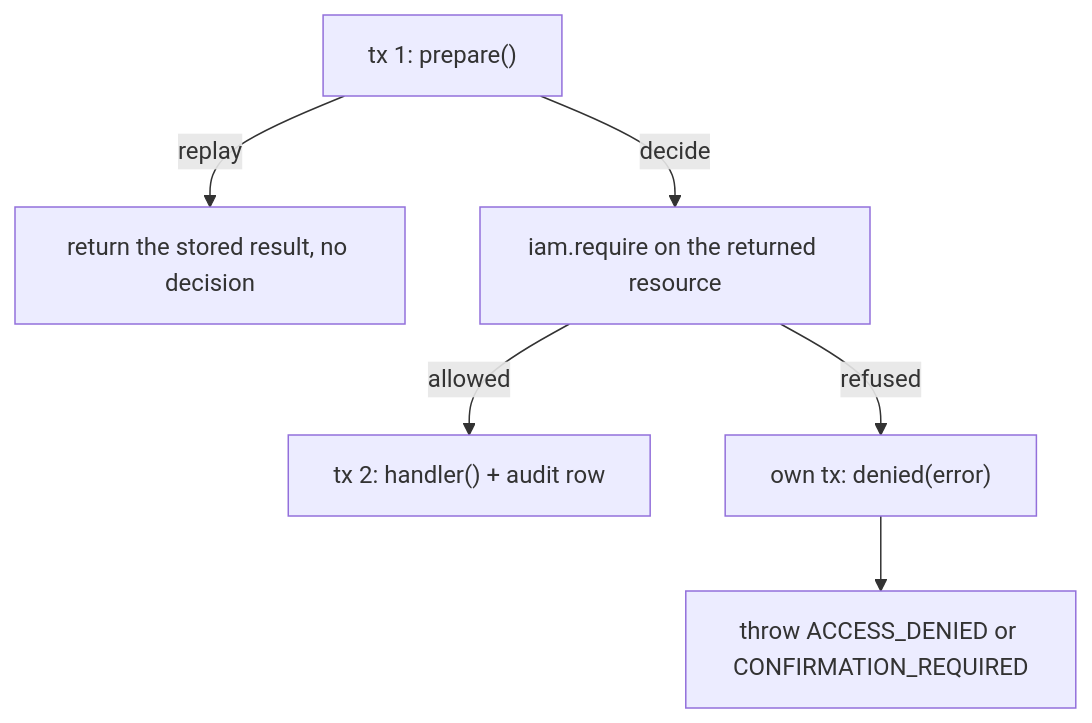
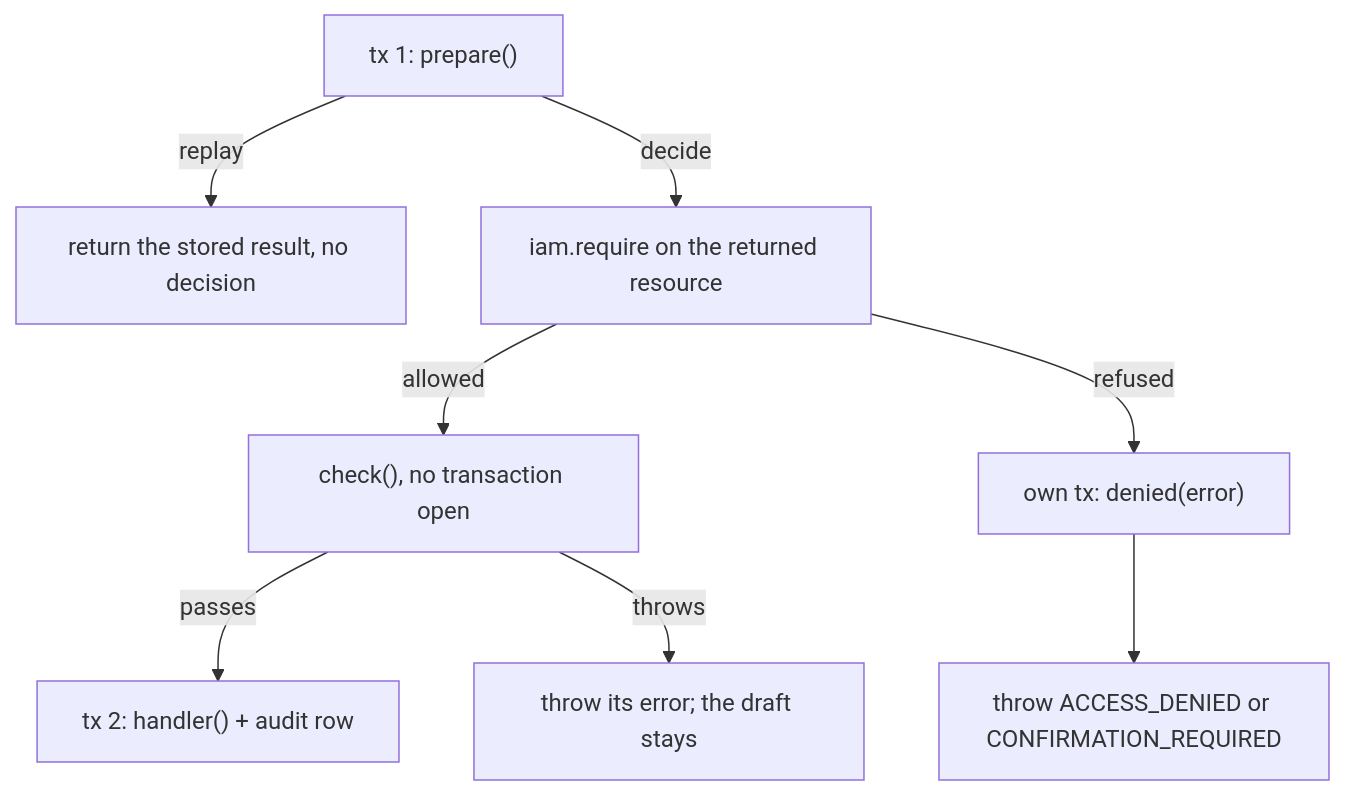
Before and after one commit to Better-Compute/better-compute: the second of 2 diagrams in apps/docs/content/docs/extending/methods.mdx, drawn with Mermaid. The commit also changed other lines of this file and 29 other files, not shown here.

````diff
--- a/apps/docs/content/docs/extending/methods.mdx
+++ b/apps/docs/content/docs/extending/methods.mdx
@@ -185,8 +190,10 @@
 ```mermaid
 flowchart TD
   P["tx 1: prepare()"] -->|replay| R["return the stored result, no decision"]
   P -->|decide| Q["iam.require on the returned resource"]
-  Q -->|allowed| H["tx 2: handler() + audit row"]
+  Q -->|allowed| C["check(), no transaction open"]
+  C -->|passes| H["tx 2: handler() + audit row"]
+  C -->|throws| Y["throw its error; the draft stays"]
   Q -->|refused| D["own tx: denied(error)"]
   D --> X["throw ACCESS_DENIED or CONFIRMATION_REQUIRED"]
 ```
````
